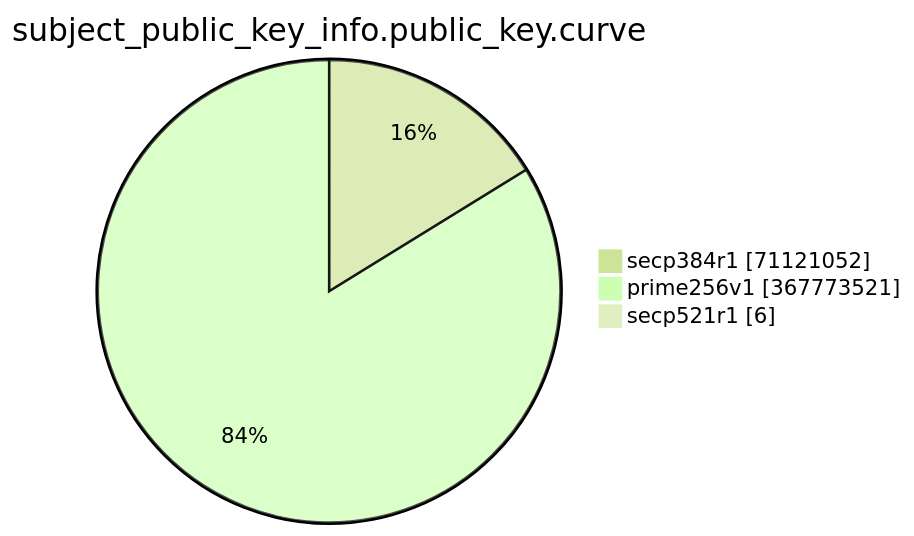
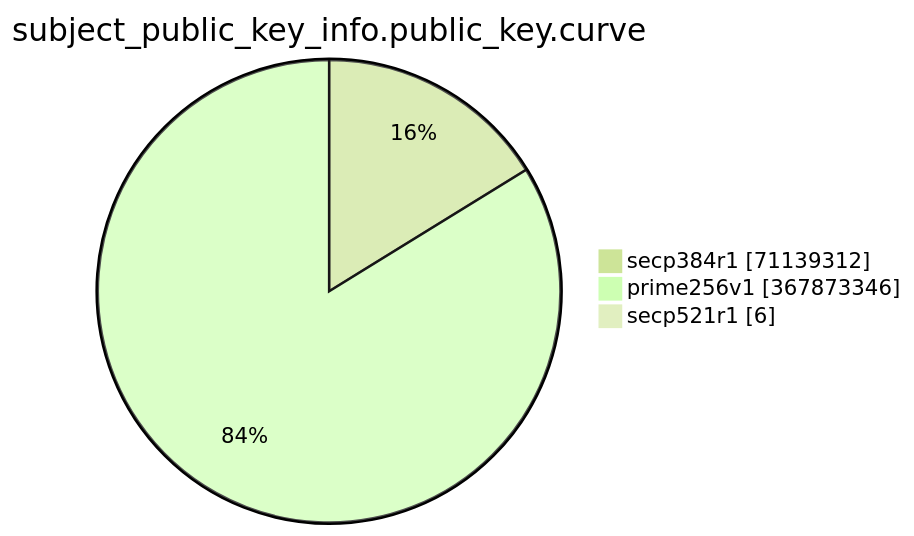
One commit to christiankrug/ctmonitor_visualization changed the eighth of 15 diagrams in TOTAL/README.md. Above: the diagram before and after it, drawn with Mermaid (forest theme). The commit also changed other lines of this file, not shown here.

````diff
--- a/TOTAL/README.md
+++ b/TOTAL/README.md
@@ -3092,7 +3092,7 @@
 ```mermaid
 pie showData
 title subject_public_key_info.public_key.curve
-"secp384r1" :71121052
-"prime256v1" :367773521
+"secp384r1" :71139312
+"prime256v1" :367873346
 "secp521r1" :6
 ```
````
